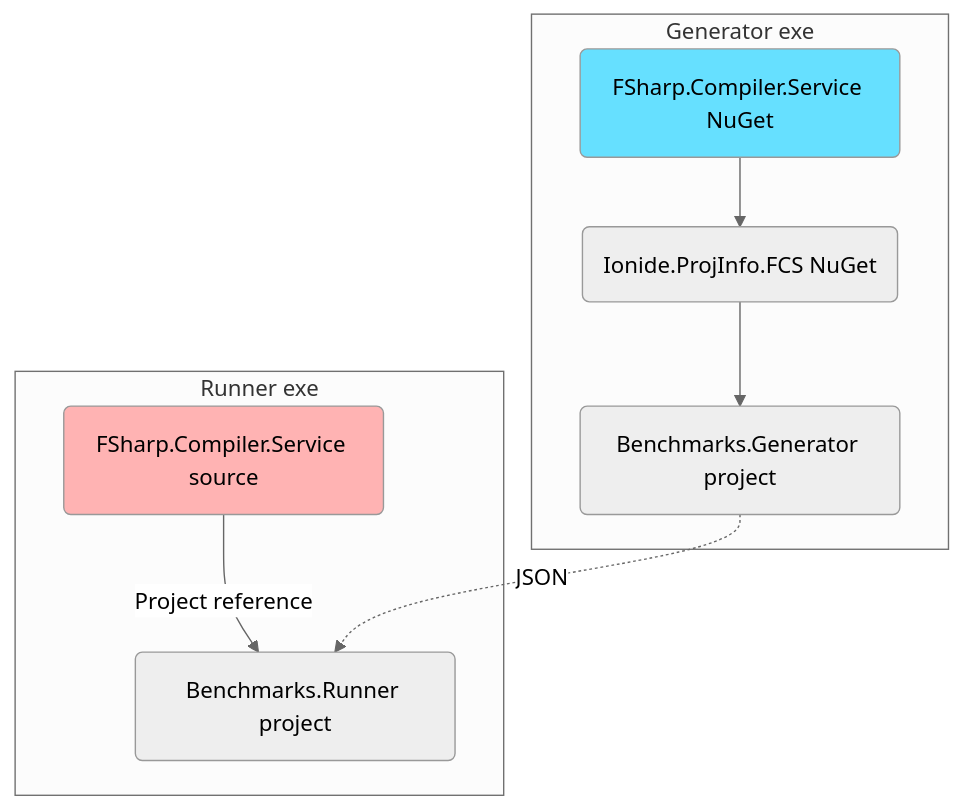
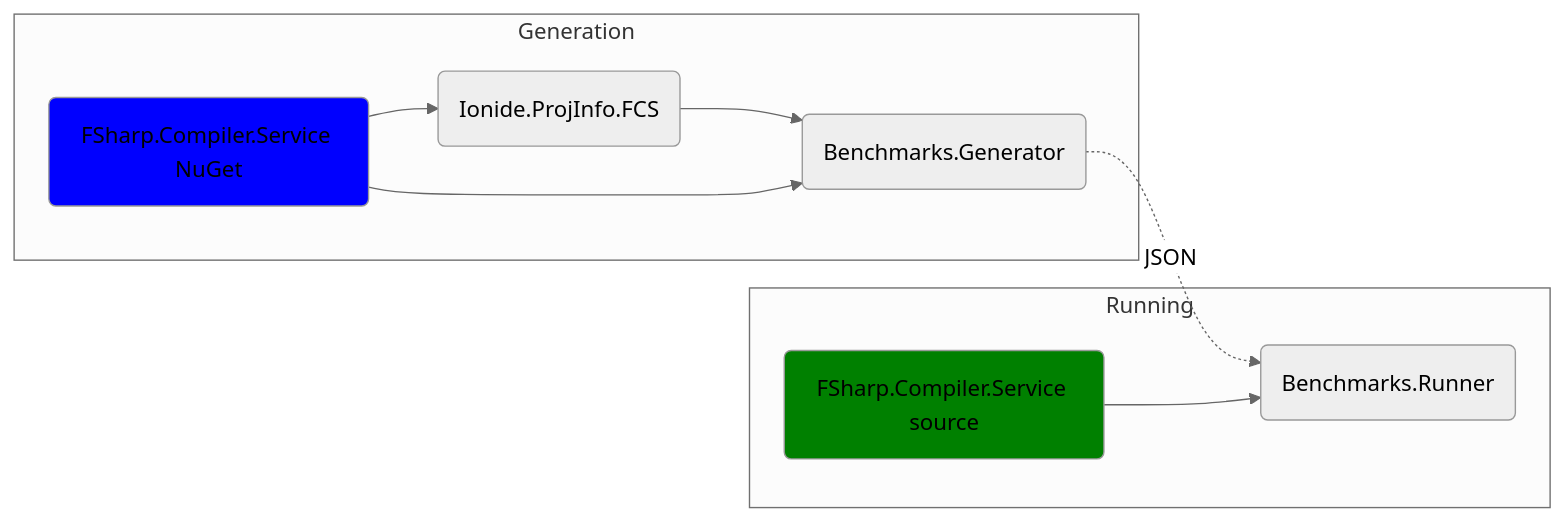
One commit to safesparrow/fsharp changed the first of 2 diagrams in tests/benchmarks/FCSBenchmarks/Benchmarks.Generator/README.md. Above: the diagram before and after it, drawn with Mermaid (neutral theme). The commit also changed other lines of this file, not shown here.

````diff
--- a/tests/benchmarks/FCSBenchmarks/Benchmarks.Generator/README.md
+++ b/tests/benchmarks/FCSBenchmarks/Benchmarks.Generator/README.md
@@ -8,13 +8,16 @@
 ```mermaid
-graph TD;
-    subgraph Generator exe
-        Z(FSharp.Compiler.Service NuGet)-->B(Ionide.ProjInfo.FCS NuGet)
-        B-->C(Benchmarks.Generator project)
-        style Z fill: #66e0ff
+graph LR;
+    subgraph Generation
+        A1(Ionide.ProjInfo.FCS) --> A2(Benchmarks.Generator)
+        A3 --> A1
+        A3(FSharp.Compiler.Service NuGet) --> A2
+        style A3 fill:Blue
     end
-    subgraph Runner exe
-        D(FSharp.Compiler.Service source)-->|Project reference|E(Benchmarks.Runner project)
-        style D fill: #ffb3b3
+
+    A2 -.->|JSON| R2
+    
+    subgraph Running
+        R1(FSharp.Compiler.Service source) --> R2(Benchmarks.Runner)
+        style R1 fill:green
     end
-    C-.->|JSON|E
 ```
````
